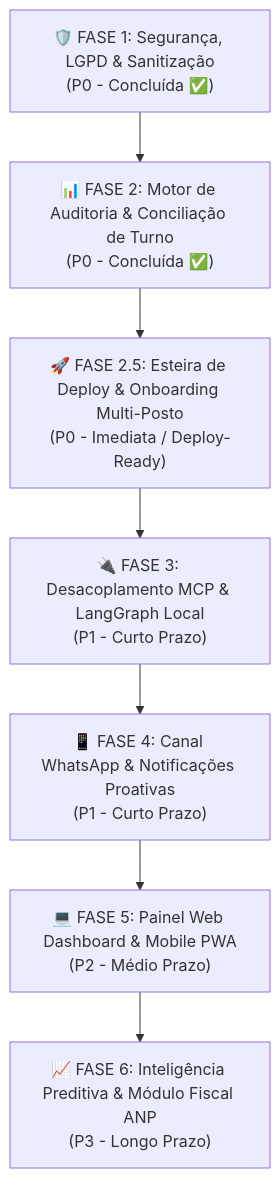
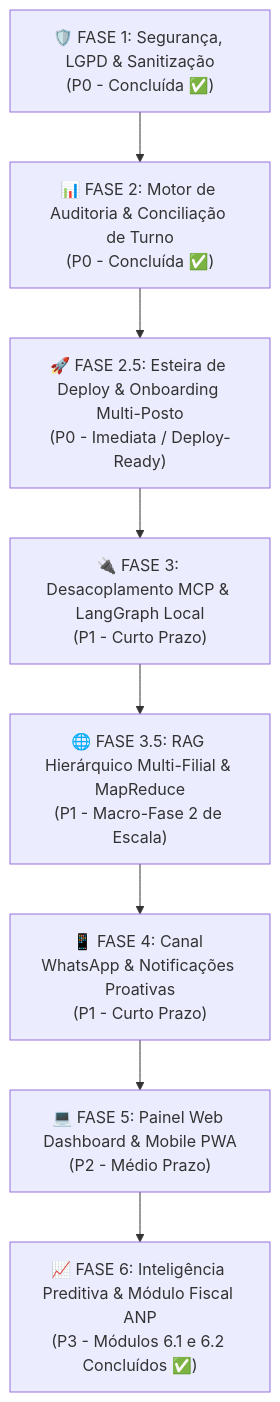
One commit to marlonhms/IA-Local changed the third of 3 diagrams in docs/roadmap_aila.md. Above: the diagram before and after it, drawn with Mermaid. The commit also changed other lines of this file and 1 other file, not shown here.

Commit message:
docs: adicionar Fase 3.5 - RAG Hierárquico Multi-Filial e MapReduce ao Roadmap e README

````diff
--- a/docs/roadmap_aila.md
+++ b/docs/roadmap_aila.md
@@ -92,12 +147,13 @@
 ```mermaid
 flowchart TD
     Fase1["🛡️ FASE 1: Segurança, LGPD & Sanitização\n(P0 - Concluída ✅)"]
     Fase2["📊 FASE 2: Motor de Auditoria & Conciliação de Turno\n(P0 - Concluída ✅)"]
     Fase25["🚀 FASE 2.5: Esteira de Deploy & Onboarding Multi-Posto\n(P0 - Imediata / Deploy-Ready)"]
     Fase3["🔌 FASE 3: Desacoplamento MCP & LangGraph Local\n(P1 - Curto Prazo)"]
+    Fase35["🌐 FASE 3.5: RAG Hierárquico Multi-Filial & MapReduce\n(P1 - Macro-Fase 2 de Escala)"]
     Fase4["📱 FASE 4: Canal WhatsApp & Notificações Proativas\n(P1 - Curto Prazo)"]
     Fase5["💻 FASE 5: Painel Web Dashboard & Mobile PWA\n(P2 - Médio Prazo)"]
-    Fase6["📈 FASE 6: Inteligência Preditiva & Módulo Fiscal ANP\n(P3 - Longo Prazo)"]
+    Fase6["📈 FASE 6: Inteligência Preditiva & Módulo Fiscal ANP\n(P3 - Módulos 6.1 e 6.2 Concluídos ✅)"]
 
-    Fase1 --> Fase2 --> Fase25 --> Fase3 --> Fase4 --> Fase5 --> Fase6
+    Fase1 --> Fase2 --> Fase25 --> Fase3 --> Fase35 --> Fase4 --> Fase5 --> Fase6
 ```
````
